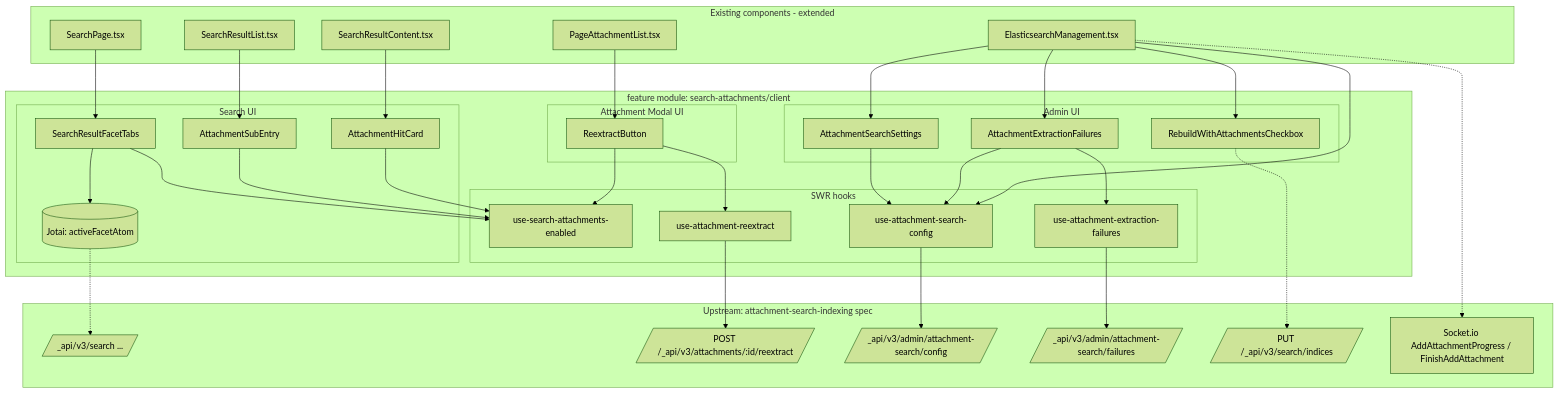
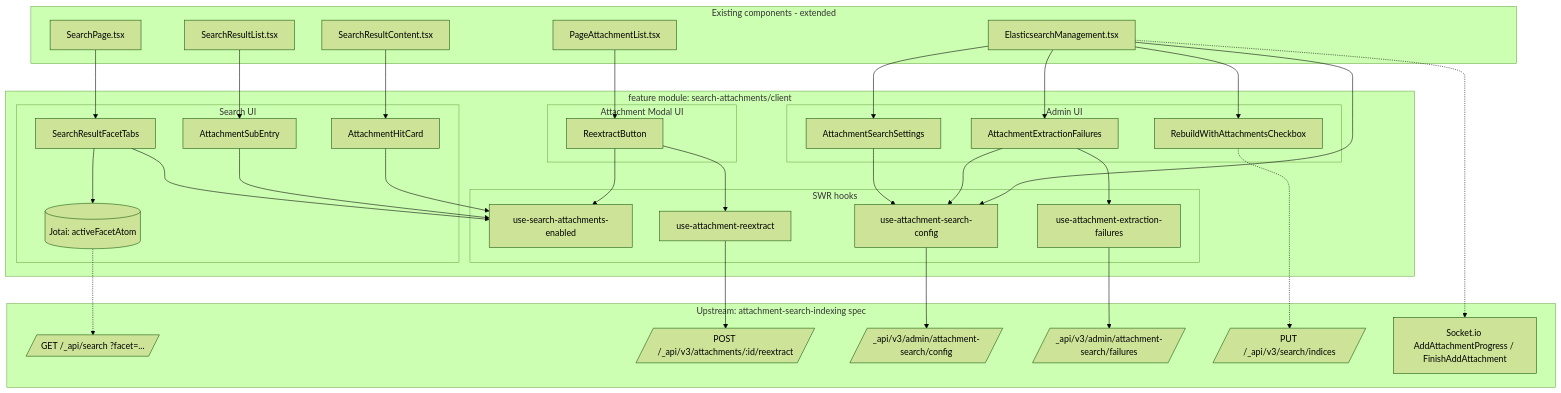
One commit to growilabs/growi changed the first of 4 diagrams in .kiro/specs/attachment-search-ui/design.md. Above: the diagram before and after it, drawn with Mermaid (forest theme). The commit also changed other lines of this file and 2 other files, not shown here.

First line of the commit message:
docs(attachment-search-ui): follow the background rebuild and the apiv1 search entry point

````diff
--- a/.kiro/specs/attachment-search-ui/design.md
+++ b/.kiro/specs/attachment-search-ui/design.md
@@ -95,71 +96,71 @@
 ```mermaid
 graph TB
     subgraph ExternalServerAPIs [Upstream: attachment-search-indexing spec]
-        SearchAPI[/_api/v3/search .../]
+        SearchAPI[/GET /_api/search ?facet=.../]
         ReextractAPI[/POST /_api/v3/attachments/:id/reextract/]
         AdminConfigAPI[/_api/v3/admin/attachment-search/config/]
         AdminFailuresAPI[/_api/v3/admin/attachment-search/failures/]
         RebuildAPI[/PUT /_api/v3/search/indices/]
         SocketIO[Socket.io AddAttachmentProgress / FinishAddAttachment]
     end
 
     subgraph FeatureModule [feature module: search-attachments/client]
         subgraph SearchPageUI [Search UI]
             FacetTabs[SearchResultFacetTabs]
             SubEntry[AttachmentSubEntry]
             HitCard[AttachmentHitCard]
             FacetAtom[(Jotai: activeFacetAtom)]
         end
         subgraph AttachmentModalUI [Attachment Modal UI]
             ReextractBtn[ReextractButton]
         end
         subgraph AdminUI [Admin UI]
             AdminSettings[AttachmentSearchSettings]
             AdminFailures[AttachmentExtractionFailures]
             RebuildCB[RebuildWithAttachmentsCheckbox]
         end
         subgraph Hooks [SWR hooks]
             UseEnabled[use-search-attachments-enabled]
             UseReextract[use-attachment-reextract]
             UseConfig[use-attachment-search-config]
             UseFailures[use-attachment-extraction-failures]
         end
     end
 
     subgraph ExistingComponents [Existing components - extended]
         SearchPage[SearchPage.tsx]
         SearchList[SearchResultList.tsx]
         SearchContent[SearchResultContent.tsx]
         PageAttList[PageAttachmentList.tsx]
         ESManagement[ElasticsearchManagement.tsx]
     end
 
     SearchPage --> FacetTabs
     SearchList --> SubEntry
     SearchContent --> HitCard
     PageAttList --> ReextractBtn
     ESManagement --> AdminSettings
     ESManagement --> RebuildCB
     ESManagement --> AdminFailures
 
     FacetTabs --> FacetAtom
     FacetAtom -.-> SearchAPI
 
     ReextractBtn --> UseReextract
     UseReextract --> ReextractAPI
     AdminSettings --> UseConfig
     UseConfig --> AdminConfigAPI
     AdminFailures --> UseFailures
     UseFailures --> AdminFailuresAPI
     RebuildCB -.-> RebuildAPI
     ESManagement -.-> SocketIO
 
     FacetTabs --> UseEnabled
     SubEntry --> UseEnabled
     HitCard --> UseEnabled
     ReextractBtn --> UseEnabled
 
     %% Admin-scope gate: siblings read the same config SWR (in-page reactivity via mutate)
     AdminFailures --> UseConfig
     ESManagement --> UseConfig
 ```
````
